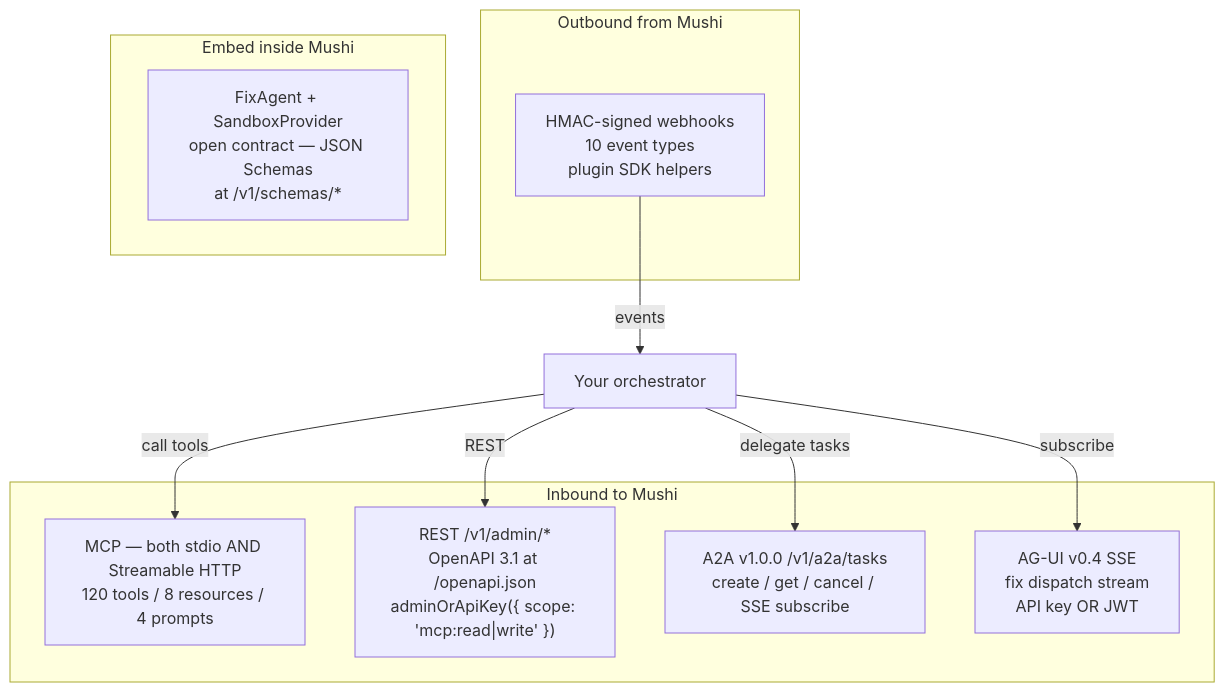
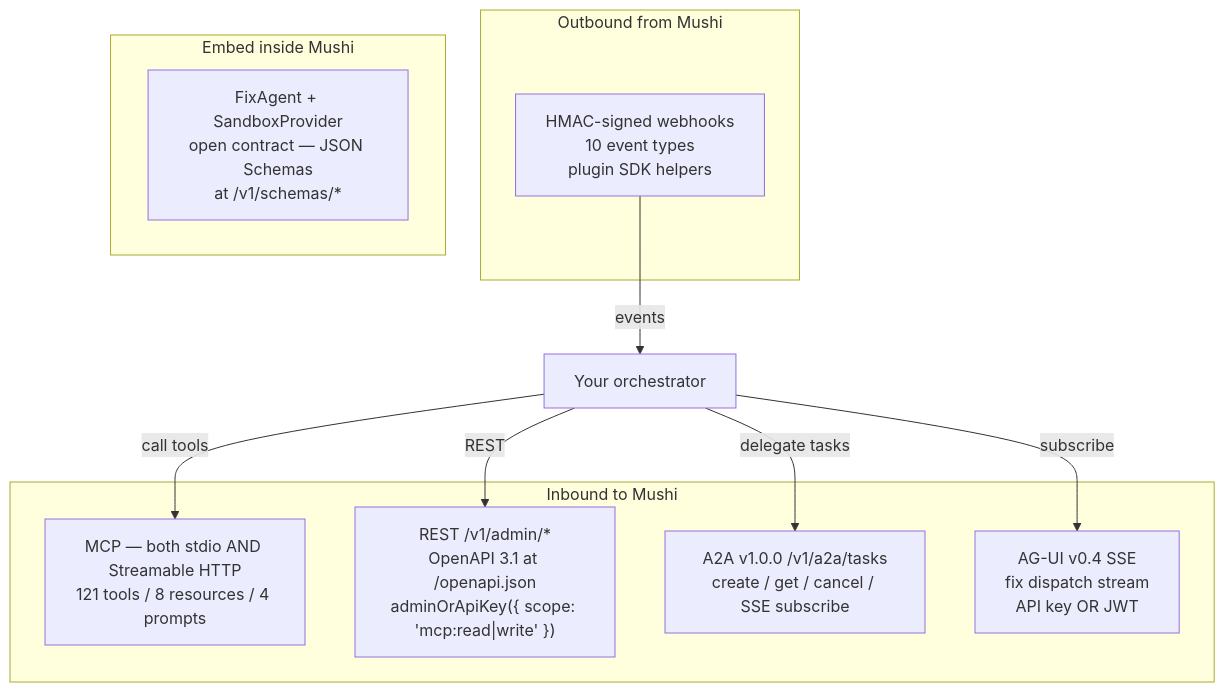
The diagram in apps/docs/content/concepts/orchestrator-interop.mdx (kensaurus/mushi-mushi), drawn with Mermaid before and after one commit. The commit also changed other lines of this file and 22 other files, not shown here.

````diff
--- a/apps/docs/content/concepts/orchestrator-interop.mdx
+++ b/apps/docs/content/concepts/orchestrator-interop.mdx
@@ -32,20 +32,20 @@
 ```mermaid
 flowchart TB
   subgraph Inbound["Inbound to Mushi"]
-    MCP["MCP — both stdio AND Streamable HTTP<br/>120 tools / 8 resources / 4 prompts"]
+    MCP["MCP — both stdio AND Streamable HTTP<br/>121 tools / 8 resources / 4 prompts"]
     REST["REST /v1/admin/*<br/>OpenAPI 3.1 at /openapi.json<br/>adminOrApiKey({ scope: 'mcp:read|write' })"]
     A2A["A2A v1.0.0 /v1/a2a/tasks<br/>create / get / cancel / SSE subscribe"]
     AGUI["AG-UI v0.4 SSE<br/>fix dispatch stream<br/>API key OR JWT"]
   end
   subgraph Outbound["Outbound from Mushi"]
     Hooks["HMAC-signed webhooks<br/>10 event types<br/>plugin SDK helpers"]
   end
   subgraph Native["Embed inside Mushi"]
     FA["FixAgent + SandboxProvider<br/>open contract — JSON Schemas<br/>at /v1/schemas/*"]
   end
   Orch["Your orchestrator"] -->|"call tools"| MCP
   Orch -->|"REST"| REST
   Orch -->|"delegate tasks"| A2A
   Orch -->|"subscribe"| AGUI
   Hooks -->|"events"| Orch
 ```
````
